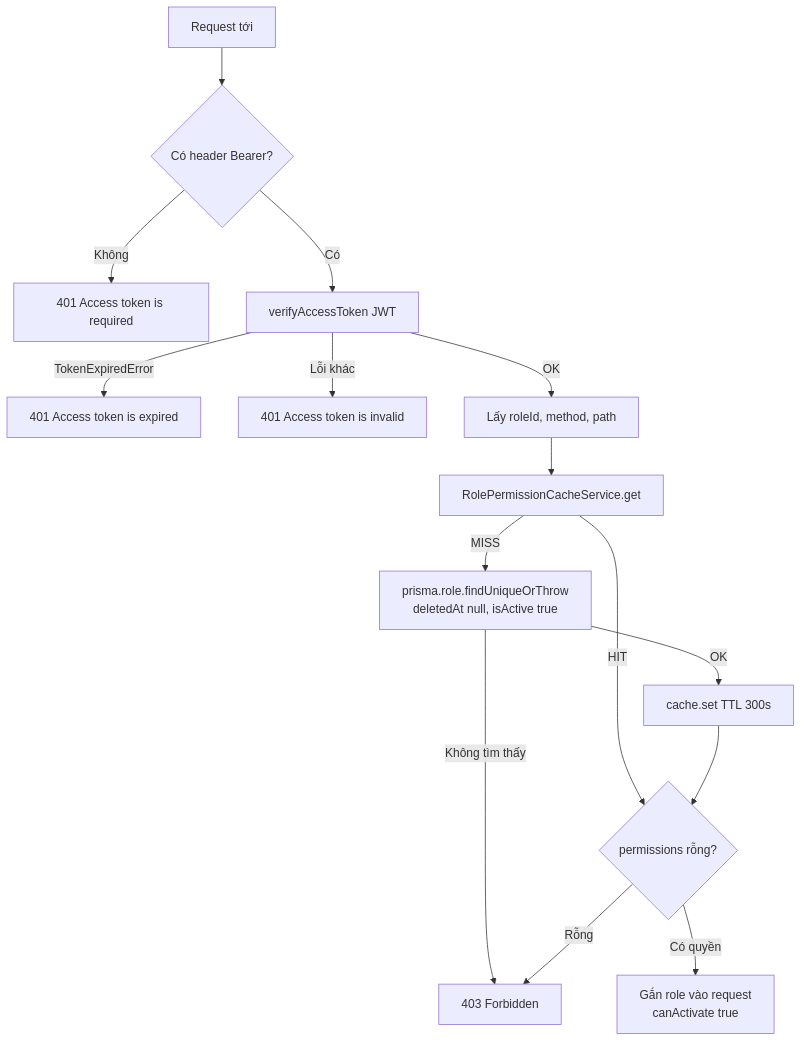
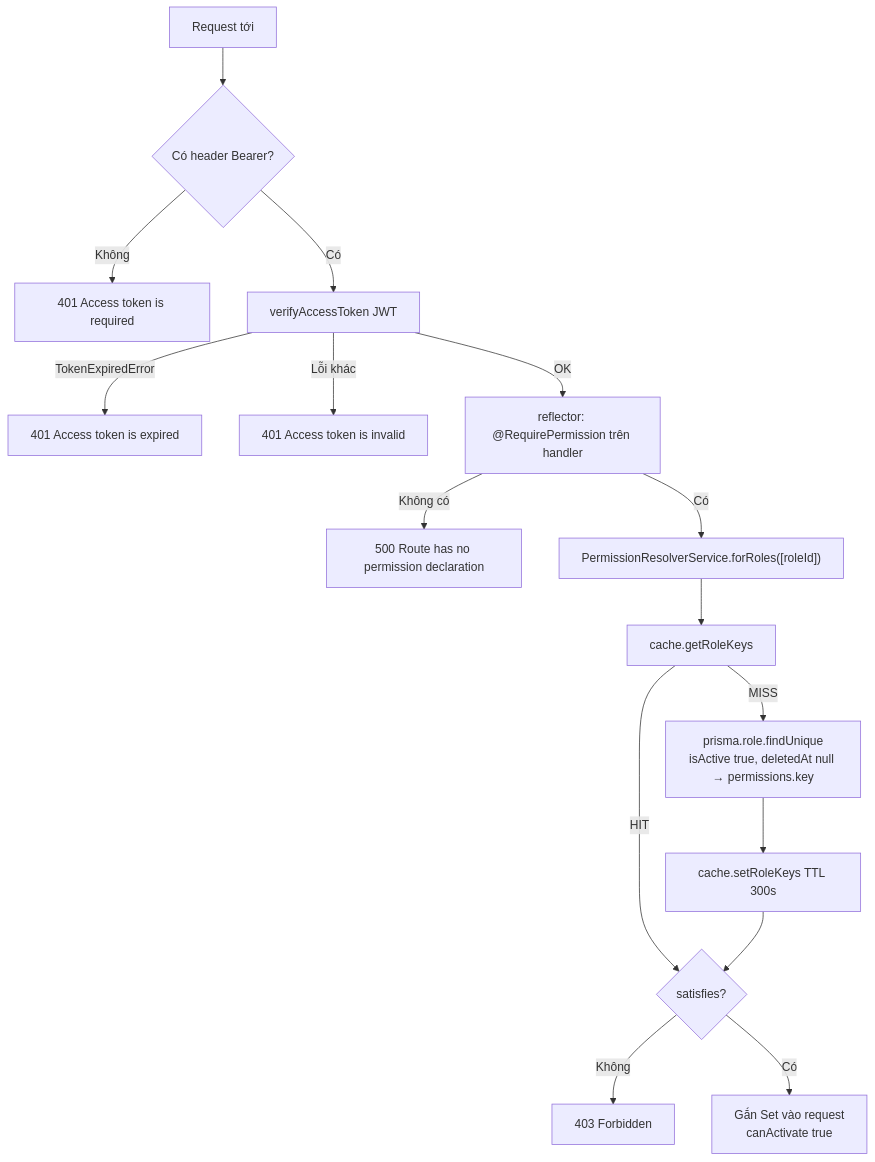
One commit to dangxuanthangqt/ecom changed the fifth of 10 diagrams in docs/redis-caching-guide.md. Above: the diagram before and after it, drawn with Mermaid. The commit also changed other lines of this file and 11 other files, not shown here.

First line of the commit message:
docs: reconcile the documentation set with the permission refactor

````diff
--- a/docs/redis-caching-guide.md
+++ b/docs/redis-caching-guide.md
@@ -850,17 +859,18 @@
 ```mermaid
 flowchart TD
     A["Request tới"] --> B{"Có header Bearer?"}
     B -->|Không| E401["401 Access token is required"]
     B -->|Có| C["verifyAccessToken JWT"]
     C -->|TokenExpiredError| E401b["401 Access token is expired"]
     C -->|Lỗi khác| E401c["401 Access token is invalid"]
-    C -->|OK| D["Lấy roleId, method, path"]
-    D --> F["RolePermissionCacheService.get"]
-    F -->|HIT| H{"permissions rỗng?"}
-    F -->|MISS| G["prisma.role.findUniqueOrThrow<br/>deletedAt null, isActive true"]
-    G -->|Không tìm thấy| E403["403 Forbidden"]
-    G -->|OK| I["cache.set TTL 300s"]
+    C -->|OK| D["reflector: @RequirePermission trên handler"]
+    D -->|Không có| E500["500 Route has no permission declaration"]
+    D -->|Có| F["PermissionResolverService.forRoles([roleId])"]
+    F --> K["cache.getRoleKeys"]
+    K -->|HIT| H{"satisfies?"}
+    K -->|MISS| G["prisma.role.findUnique<br/>isActive true, deletedAt null → permissions.key"]
+    G --> I["cache.setRoleKeys TTL 300s"]
     I --> H
-    H -->|Rỗng| E403
-    H -->|Có quyền| J["Gắn role vào request<br/>canActivate true"]
+    H -->|Không| E403["403 Forbidden"]
+    H -->|Có| J["Gắn Set vào request<br/>canActivate true"]
 ```
````
